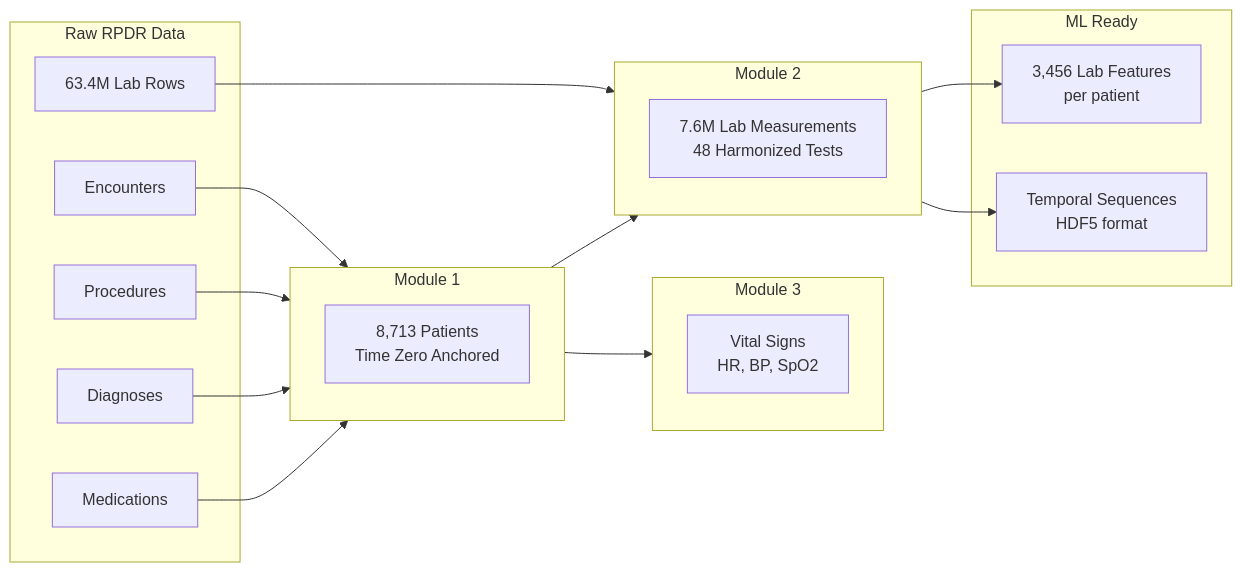
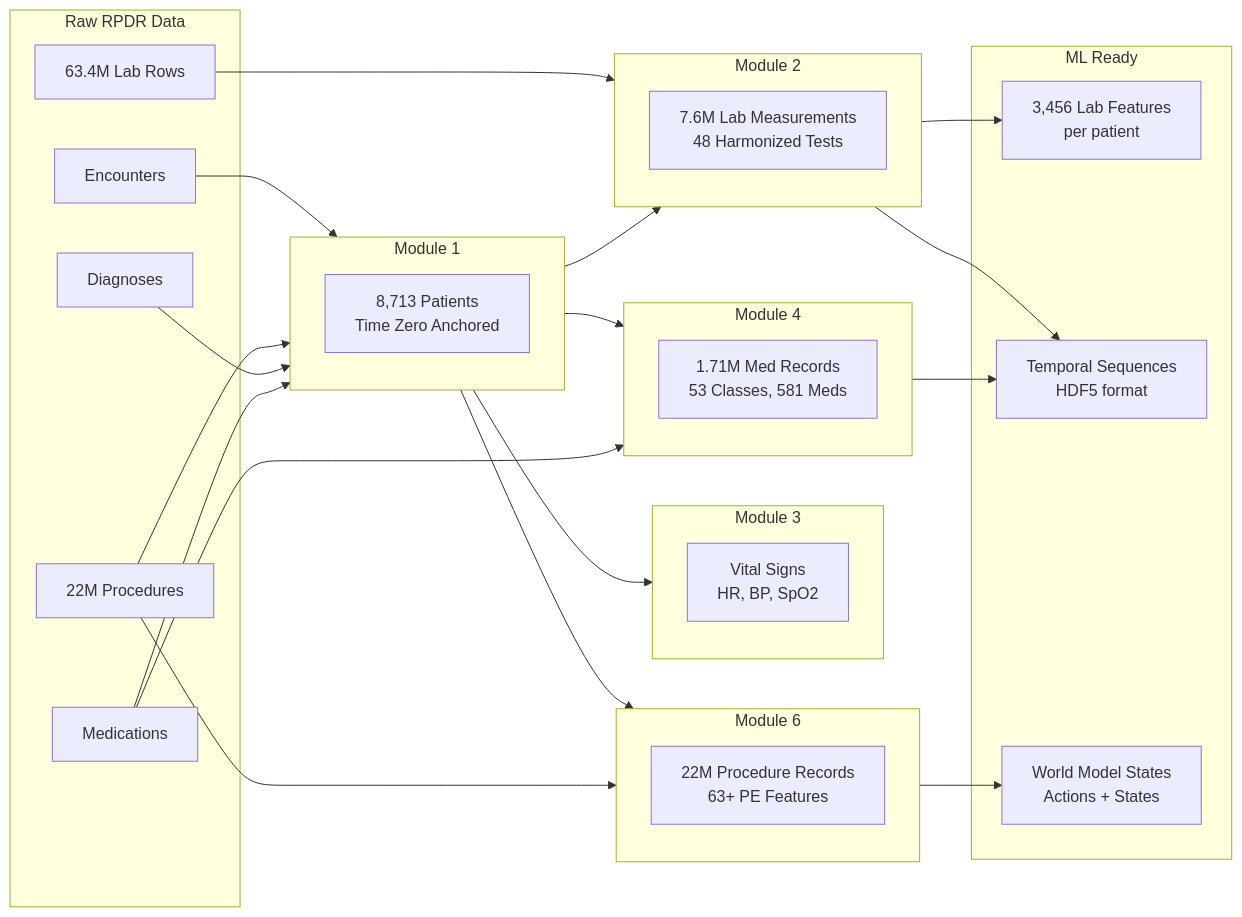
The sixth of 6 diagrams in docs/architecture.md (moinhs1/extracting-features), drawn with Mermaid before and after one commit. The commit also changed other lines of this file and 2 other files, not shown here.

First line of the commit message:
docs: update documentation with Module 6 completion

````diff
--- a/docs/architecture.md
+++ b/docs/architecture.md
@@ -263,34 +372,49 @@
 ```mermaid
 flowchart LR
     subgraph Raw["Raw RPDR Data"]
         R1[63.4M Lab Rows]
         R2[Encounters]
-        R3[Procedures]
+        R3[22M Procedures]
         R4[Diagnoses]
         R5[Medications]
     end
 
     subgraph M1["Module 1"]
         M1A[8,713 Patients<br/>Time Zero Anchored]
     end
 
     subgraph M2["Module 2"]
         M2A[7.6M Lab Measurements<br/>48 Harmonized Tests]
     end
 
     subgraph M3["Module 3"]
         M3A[Vital Signs<br/>HR, BP, SpO2]
     end
 
+    subgraph M4["Module 4"]
+        M4A[1.71M Med Records<br/>53 Classes, 581 Meds]
+    end
+
+    subgraph M6["Module 6"]
+        M6A[22M Procedure Records<br/>63+ PE Features]
+    end
+
     subgraph ML["ML Ready"]
         ML1[3,456 Lab Features<br/>per patient]
         ML2[Temporal Sequences<br/>HDF5 format]
+        ML3[World Model States<br/>Actions + States]
     end
 
     R1 --> M2
     R2 & R3 & R4 & R5 --> M1
     M1 --> M2
     M1 --> M3
+    M1 --> M4
+    M1 --> M6
+    R3 --> M6
+    R5 --> M4
     M2 --> ML1
     M2 --> ML2
+    M4 --> ML2
+    M6 --> ML3
 ```
````
